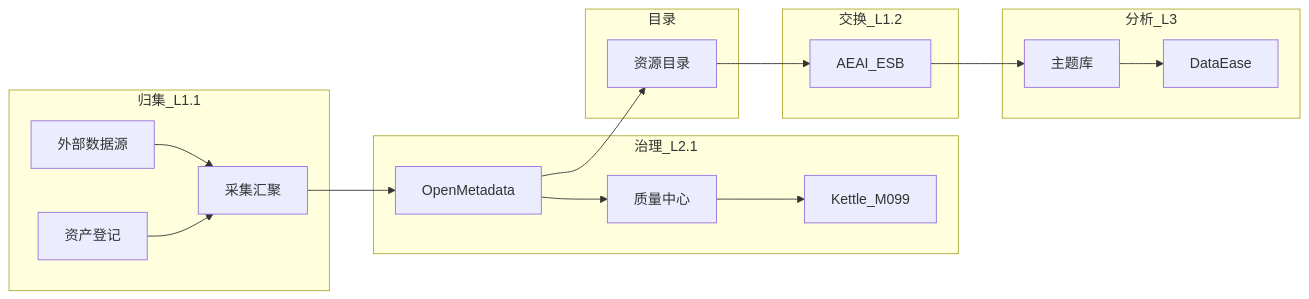
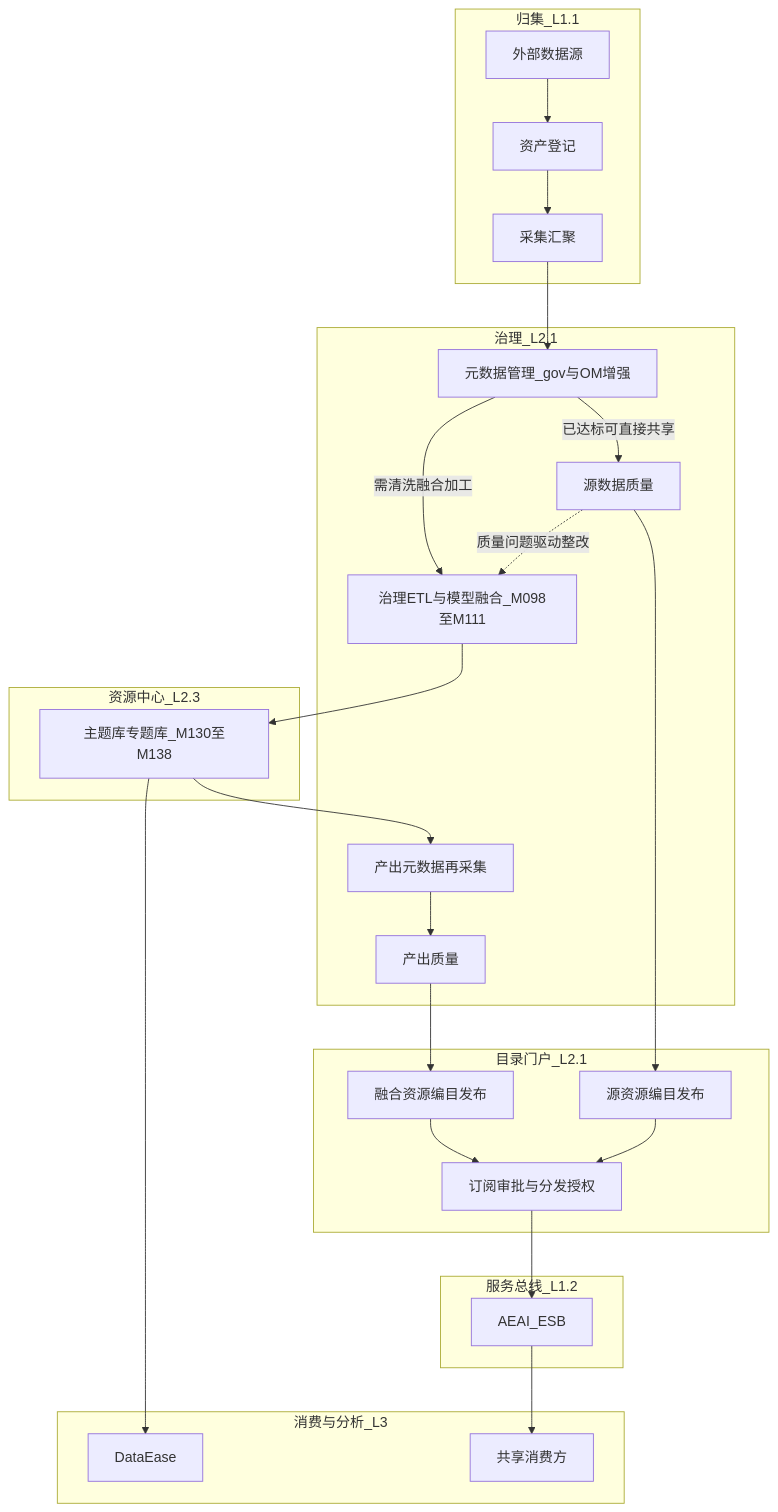
The eighth of 9 diagrams in D07-总体技术架构设计.md (4v8kjnvhcc-rgb/chengde-smart-city), drawn with Mermaid before and after one commit. The commit also changed other lines of this file and 1 other file, not shown here.

Commit message:
[架构] 对齐融合治理双路径数据流

````diff
--- a/D07-总体技术架构设计.md
+++ b/D07-总体技术架构设计.md
@@ -583,32 +597,46 @@
 ```mermaid
-flowchart LR
+flowchart TB
   subgraph ingest [归集_L1.1]
     Src[外部数据源]
     Reg[资产登记]
     Coll[采集汇聚]
   end
   subgraph govern [治理_L2.1]
-    Meta[OpenMetadata]
-    Qual[质量中心]
-    ETL[Kettle_M099]
+    Meta[元数据管理_gov与OM增强]
+    QualSrc[源数据质量]
+    ETL[治理ETL与模型融合_M098至M111]
+    MetaOut[产出元数据再采集]
+    QualOut[产出质量]
   end
-  subgraph catalog [目录]
-    Cat[资源目录]
+  subgraph resource [资源中心_L2.3]
+    Theme[主题库专题库_M130至M138]
   end
-  subgraph exchange [交换_L1.2]
+  subgraph catalog [目录门户_L2.1]
+    CatSrc[源资源编目发布]
+    CatOut[融合资源编目发布]
+    Subscribe[订阅审批与分发授权]
+  end
+  subgraph exchange [服务总线_L1.2]
     ESB[AEAI_ESB]
   end
-  subgraph analyze [分析_L3]
-    Theme[主题库]
+  subgraph consume [消费与分析_L3]
+    Target[共享消费方]
     BI[DataEase]
   end
-  Src --> Coll
+  Src --> Reg
   Reg --> Coll
   Coll --> Meta
-  Meta --> Qual
-  Qual --> ETL
-  Meta --> Cat
-  Cat --> ESB
-  ESB --> Theme
+  Meta -->|已达标可直接共享| QualSrc
+  QualSrc --> CatSrc
+  Meta -->|需清洗融合加工| ETL
+  QualSrc -.->|质量问题驱动整改| ETL
+  ETL --> Theme
+  Theme --> MetaOut
+  MetaOut --> QualOut
+  QualOut --> CatOut
+  CatSrc --> Subscribe
+  CatOut --> Subscribe
+  Subscribe --> ESB
+  ESB --> Target
   Theme --> BI
 ```
````
